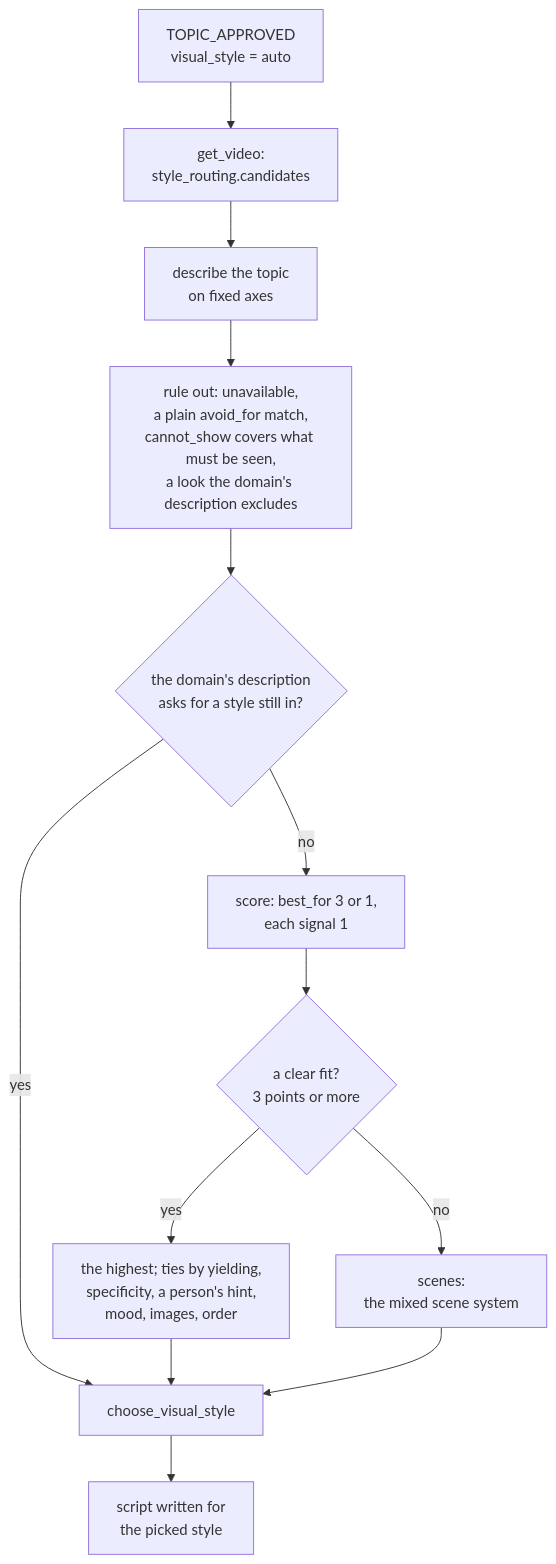
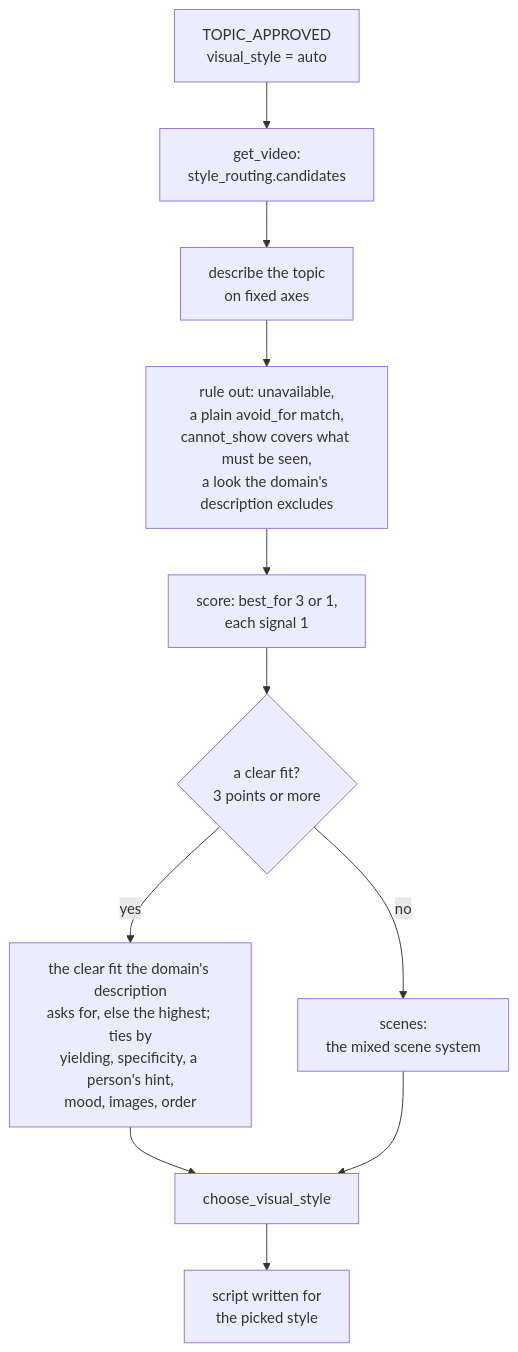
Before and after one commit to teja156/tubematic: the first of 5 diagrams in docs/developer/10-scene-authoring.md, drawn with Mermaid. The commit also changed other lines of this file and 15 other files, not shown here.

First line of the commit message:
Domain description: clamp only the inserted text, keep newer typing over a late save, carry it into the mining prompt, and let a request win only among clear fits (Codex round 1)

````diff
--- a/docs/developer/10-scene-authoring.md
+++ b/docs/developer/10-scene-authoring.md
@@ -235,15 +235,13 @@
 ```mermaid
 flowchart TD
     A["TOPIC_APPROVED<br/>visual_style = auto"] --> B["get_video:<br/>style_routing.candidates"]
     B --> C["describe the topic<br/>on fixed axes"]
     C --> D["rule out: unavailable,<br/>a plain avoid_for match,<br/>cannot_show covers what must be seen,<br/>a look the domain's description excludes"]
-    D --> R{"the domain's description<br/>asks for a style still in?"}
-    R -->|yes| I
-    R -->|no| E["score: best_for 3 or 1,<br/>each signal 1"]
+    D --> E["score: best_for 3 or 1,<br/>each signal 1"]
     E --> F{"a clear fit?<br/>3 points or more"}
-    F -->|yes| G["the highest; ties by yielding,<br/>specificity, a person's hint,<br/>mood, images, order"]
+    F -->|yes| G["the clear fit the domain's description<br/>asks for, else the highest; ties by<br/>yielding, specificity, a person's hint,<br/>mood, images, order"]
     F -->|no| H["scenes:<br/>the mixed scene system"]
     G --> I["choose_visual_style"]
     H --> I
     I --> J["script written for<br/>the picked style"]
 ```
````
